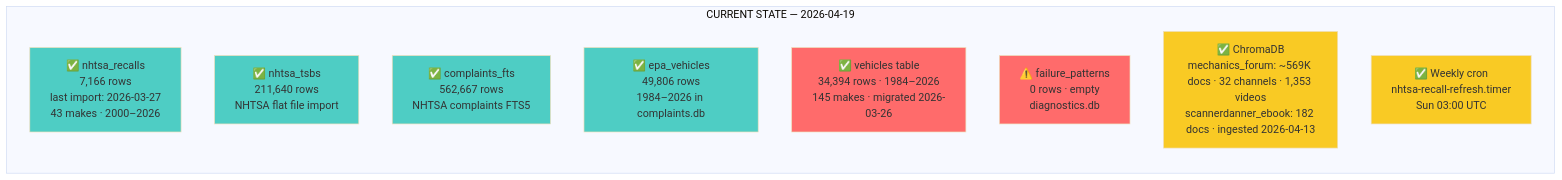
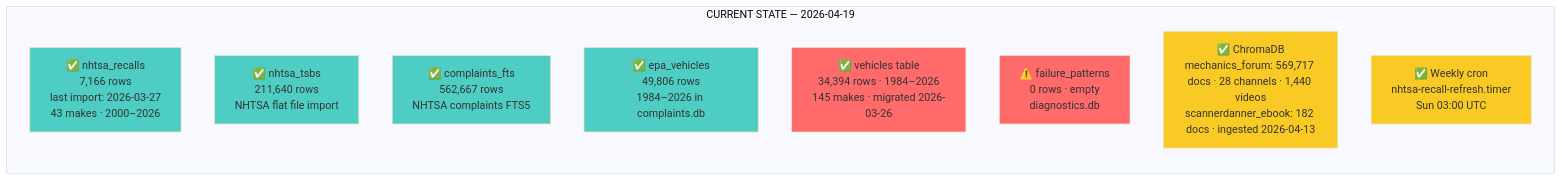
One commit to MrPoteete/automotive-diagnostic-skills changed the fifth of 8 diagrams in .claude/docs/DIAGRAMS.md. Above: the diagram before and after it, drawn with Mermaid (base theme). The commit also changed other lines of this file and 3 other files, not shown here.

First line of the commit message:
chore: refresh RAG corpus — 1,440 videos, 28 active channels

````diff
--- a/.claude/docs/DIAGRAMS.md
+++ b/.claude/docs/DIAGRAMS.md
@@ -213,22 +213,22 @@
 ```mermaid
 graph LR
     subgraph "CURRENT STATE — 2026-04-19"
         G1["✅ nhtsa_recalls\n7,166 rows\nlast import: 2026-03-27\n43 makes · 2000–2026"]
         G2["✅ nhtsa_tsbs\n211,640 rows\nNHTSA flat file import"]
         G3["✅ complaints_fts\n562,667 rows\nNHTSA complaints FTS5"]
         G4["✅ epa_vehicles\n49,806 rows\n1984–2026 in complaints.db"]
         G5["✅ vehicles table\n34,394 rows · 1984–2026\n145 makes · migrated 2026-03-26"]
         G6["⚠️ failure_patterns\n0 rows · empty\ndiagnostics.db"]
-        G7["✅ ChromaDB\nmechanics_forum: ~569K docs · 32 channels · 1,353 videos\nscannerdanner_ebook: 182 docs · ingested 2026-04-13"]
+        G7["✅ ChromaDB\nmechanics_forum: 569,717 docs · 28 channels · 1,440 videos\nscannerdanner_ebook: 182 docs · ingested 2026-04-13"]
         G8["✅ Weekly cron\nnhtsa-recall-refresh.timer\nSun 03:00 UTC"]
     end
 
     style G1 fill:#4ecdc4
     style G2 fill:#4ecdc4
     style G3 fill:#4ecdc4
     style G4 fill:#4ecdc4
     style G5 fill:#ff6b6b
     style G6 fill:#ff6b6b
     style G7 fill:#f9ca24
     style G8 fill:#f9ca24
 ```
````
